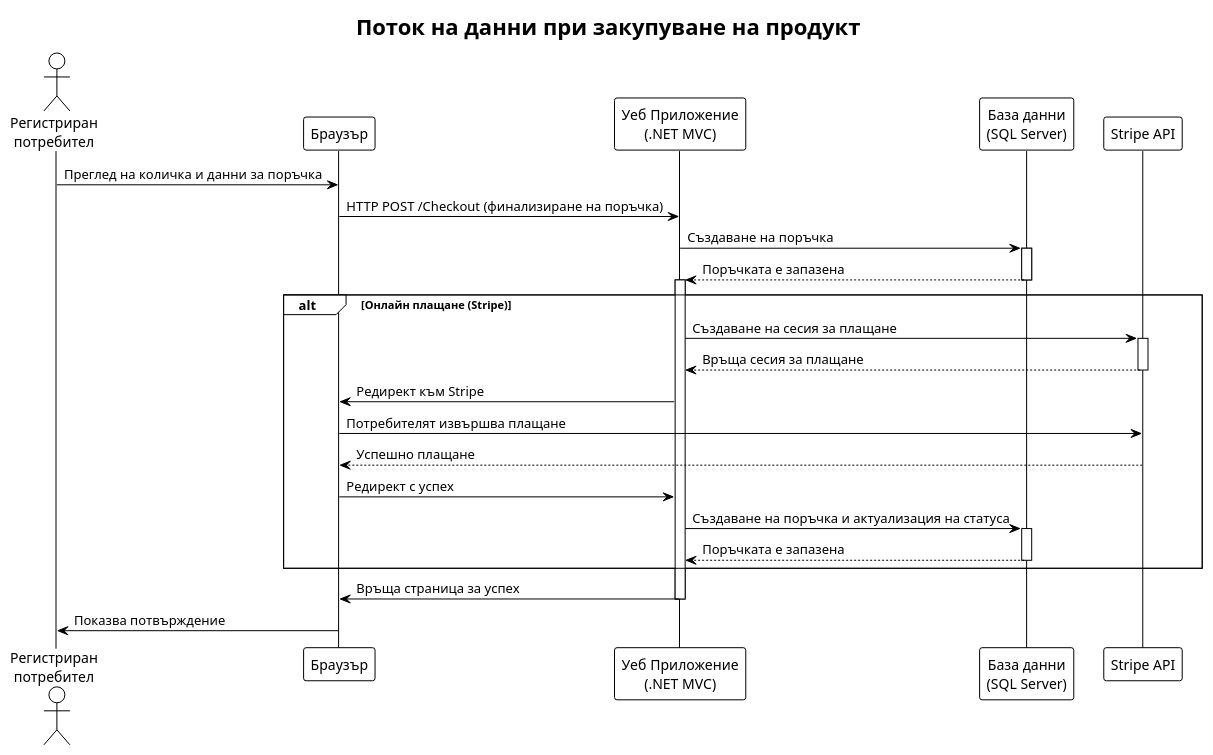
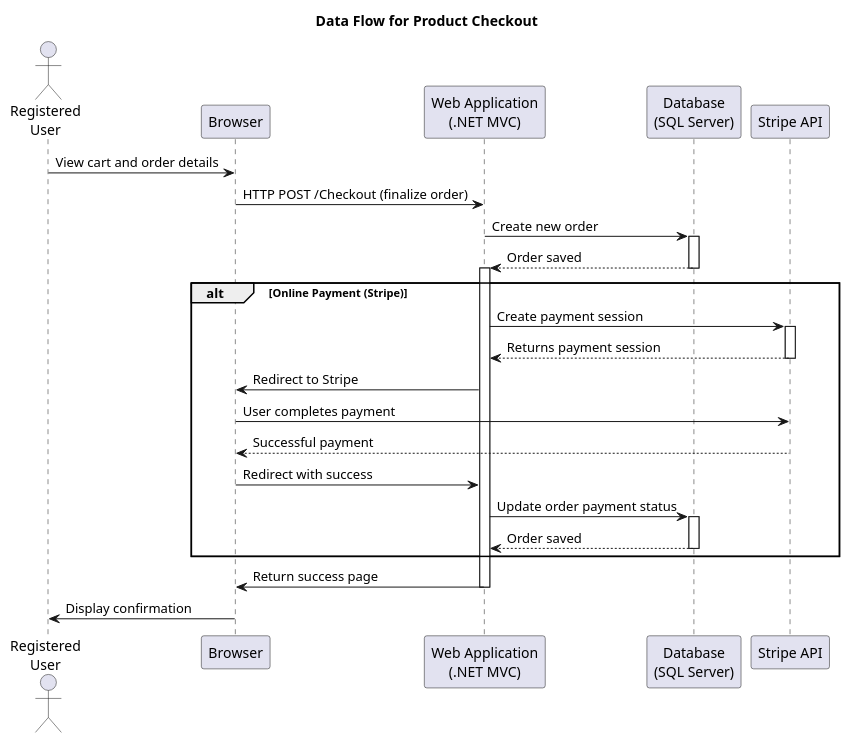
Before and after one commit to Kras13/AutoParts_ShopAndForum: the diagram in Diagrams/5.System design/SequenceCheckout.puml, drawn with PlantUML. The commit also changed 18 other files, not shown here.

Commit message:
Some diagrams.

```diff
--- a/Diagrams/5.System design/SequenceCheckout.puml
+++ b/Diagrams/5.System design/SequenceCheckout.puml
@@ -1,37 +1,36 @@
-@startuml
-!theme plain
-title Поток на данни при закупуване на продукт
+@startuml SequenceCheckout
+title Data Flow for Product Checkout
 
-actor "Регистриран\nпотребител" as User
-participant "Браузър" as Browser
-participant "Уеб Приложение\n(.NET MVC)" as WebApp
-participant "База данни\n(SQL Server)" as DB
+actor "Registered\nUser" as User
+participant "Browser" as Browser
+participant "Web Application\n(.NET MVC)" as WebApp
+participant "Database\n(SQL Server)" as DB
 participant "Stripe API" as Stripe
 
-User -> Browser : Преглед на количка и данни за поръчка
-Browser -> WebApp : HTTP POST /Checkout (финализиране на поръчка)
-WebApp -> DB : Създаване на поръчка
+User -> Browser : View cart and order details
+Browser -> WebApp : HTTP POST /Checkout (finalize order)
+WebApp -> DB : Create new order
     activate DB
-    DB --> WebApp : Поръчката е запазена
+    DB --> WebApp : Order saved
     deactivate DB
 activate WebApp
 
-alt Онлайн плащане (Stripe)
-    WebApp -> Stripe : Създаване на сесия за плащане
+alt Online Payment (Stripe)
+    WebApp -> Stripe : Create payment session
     activate Stripe
-    Stripe --> WebApp : Връща сесия за плащане
+    Stripe --> WebApp : Returns payment session
     deactivate Stripe
-    WebApp -> Browser : Редирект към Stripe
-    Browser -> Stripe : Потребителят извършва плащане
-    Stripe --> Browser : Успешно плащане
-    Browser -> WebApp : Редирект с успех
-    WebApp -> DB : Създаване на поръчка и актуализация на статуса
+    WebApp -> Browser : Redirect to Stripe
+    Browser -> Stripe : User completes payment
+    Stripe --> Browser : Successful payment
+    Browser -> WebApp : Redirect with success
+    WebApp -> DB : Update order payment status
     activate DB
-    DB --> WebApp : Поръчката е запазена
+    DB --> WebApp : Order saved
     deactivate DB
 end
 
-WebApp -> Browser : Връща страница за успех
+WebApp -> Browser : Return success page
 deactivate WebApp
-Browser -> User : Показва потвърждение
+Browser -> User : Display confirmation
 @enduml
```
